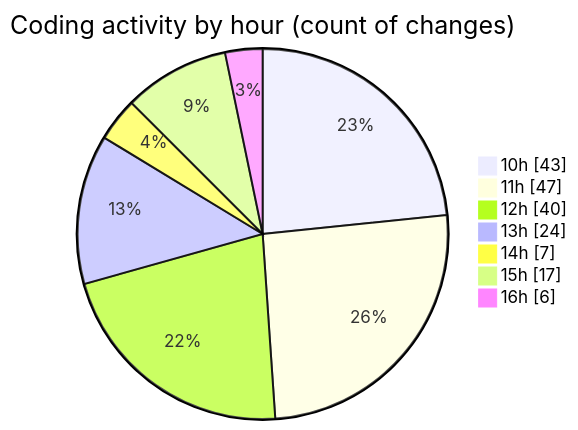
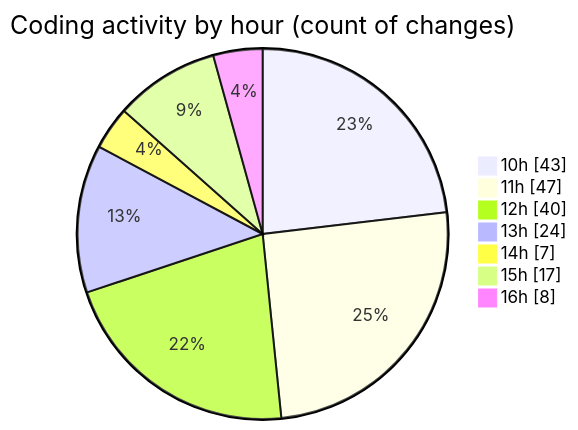
The second of 2 diagrams in 2025-02-10/cda/README.md (momahboobian/code-tracking), drawn with Mermaid before and after one commit. The commit also changed other lines of this file and 1 other file, not shown here.

````diff
--- a/2025-02-10/cda/README.md
+++ b/2025-02-10/cda/README.md
@@ -35,11 +35,11 @@
 ```mermaid
 pie showData
 title Coding activity by hour (count of changes)
 "10h" : 43
 "11h" : 47
 "12h" : 40
 "13h" : 24
 "14h" : 7
 "15h" : 17
-"16h" : 6
+"16h" : 8
 ```
````
